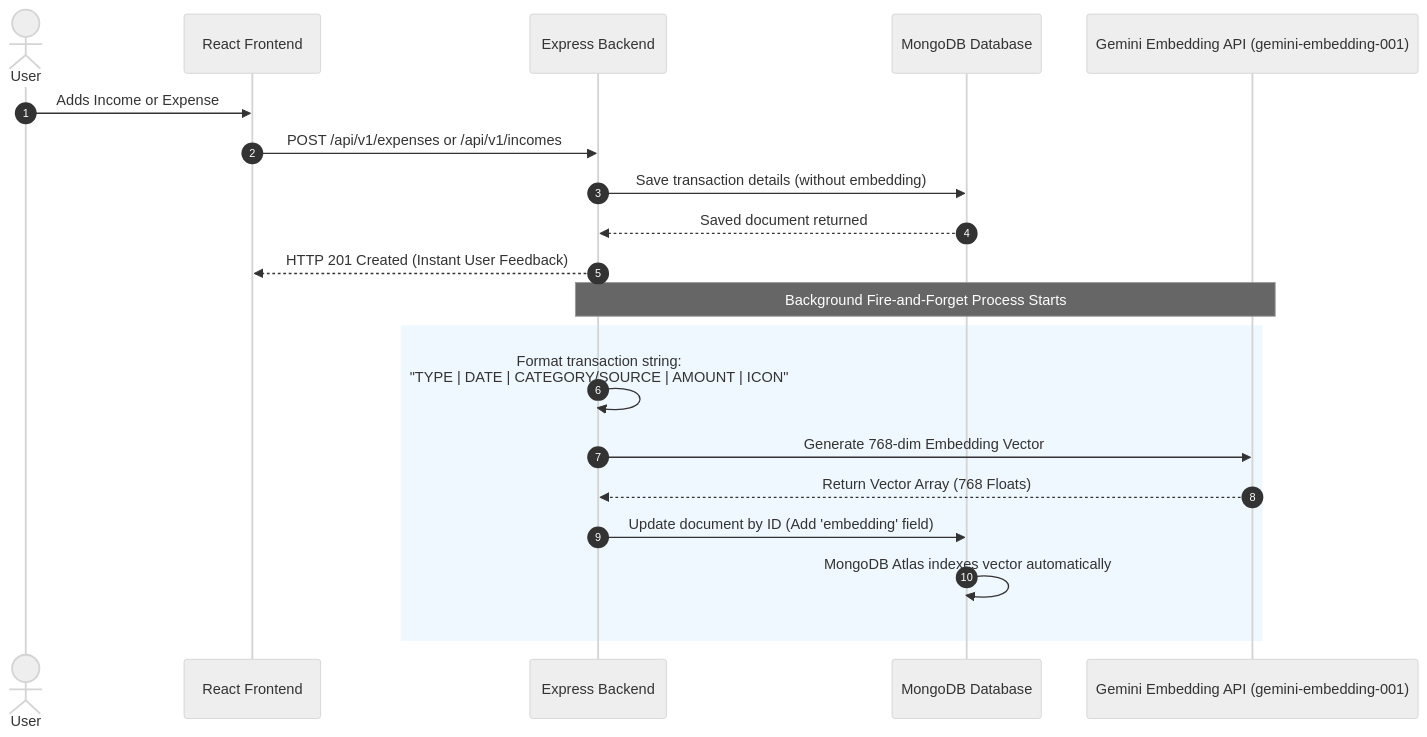
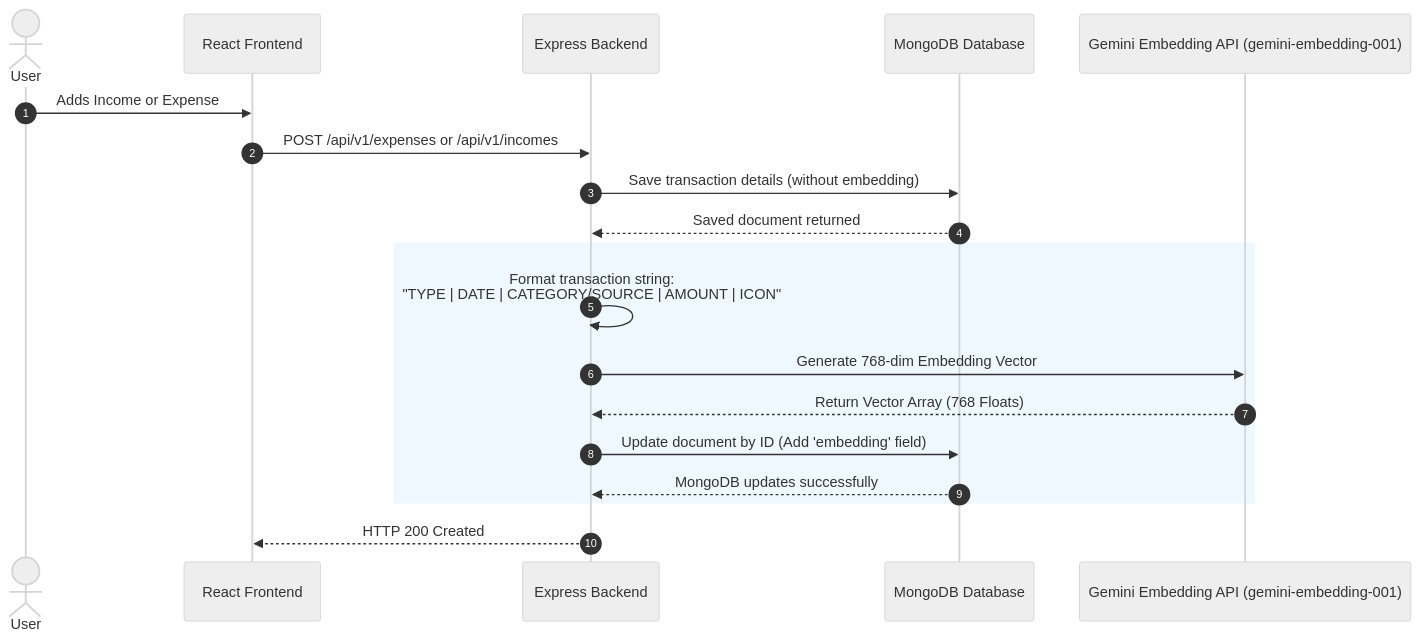
One commit to DhryXpert/Personal-Expense-Income-Management-Web-Application changed the second of 3 diagrams in README.md. Above: the diagram before and after it, drawn with Mermaid (neutral theme). The commit also changed other lines of this file and 5 other files, not shown here.

````diff
--- a/README.md
+++ b/README.md
@@ -48,25 +48,24 @@
 ```mermaid
 sequenceDiagram
     autonumber
     actor User as User
     participant FE as React Frontend
     participant BE as Express Backend
     participant DB as MongoDB Database
     participant Gem as Gemini Embedding API (gemini-embedding-001)
 
     User->>FE: Adds Income or Expense
     FE->>BE: POST /api/v1/expenses or /api/v1/incomes
     BE->>DB: Save transaction details (without embedding)
     DB-->>BE: Saved document returned
-    BE-->>FE: HTTP 201 Created (Instant User Feedback)
-
-    Note over BE,Gem: Background Fire-and-Forget Process Starts
 
     rect rgb(240, 248, 255)
         BE->>BE: Format transaction string: <br/> "TYPE | DATE | CATEGORY/SOURCE | AMOUNT | ICON"
         BE->>Gem: Generate 768-dim Embedding Vector
         Gem-->>BE: Return Vector Array (768 Floats)
         BE->>DB: Update document by ID (Add 'embedding' field)
-        DB->>DB: MongoDB Atlas indexes vector automatically
+        DB-->>BE: MongoDB updates successfully
     end
+
+    BE-->>FE: HTTP 200 Created
 ```
````
